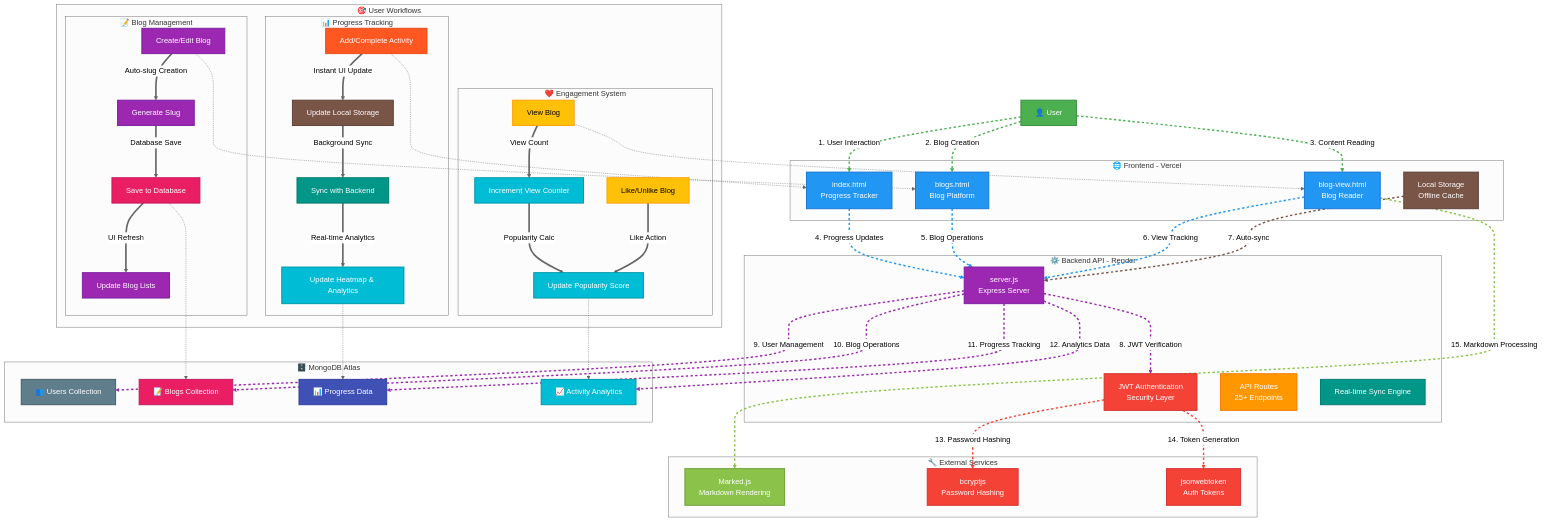
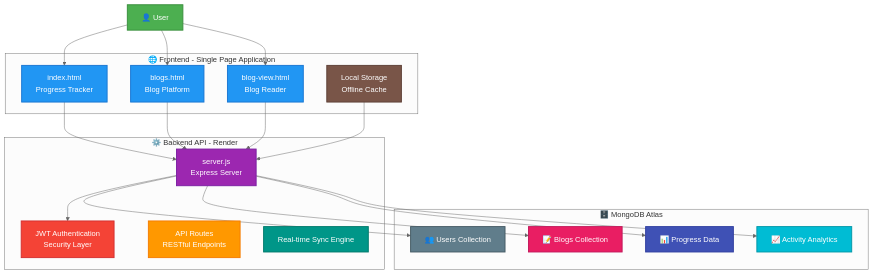
One commit to anupam6335/Focus-Flow changed the first of 5 diagrams in README.md. Above: the diagram before and after it, drawn with Mermaid (neutral theme). The commit also changed other lines of this file, not shown here.

````diff
--- a/README.md
+++ b/README.md
@@ -86,10 +73,10 @@
 ```mermaid
-flowchart TB
+graph TB
     %% ========== USERS ==========
     User[👤 User]:::user
     
     %% ========== FRONTEND COMPONENTS ==========
-    subgraph Frontend[🌐 Frontend - Vercel]
+    subgraph Frontend[🌐 Frontend - Single Page Application]
         A[index.html<br/>Progress Tracker]:::frontend
         B[blogs.html<br/>Blog Platform]:::frontend
         C[blog-view.html<br/>Blog Reader]:::frontend
@@ -100,7 +87,7 @@
     subgraph Backend[⚙️ Backend API - Render]
         E[server.js<br/>Express Server]:::backend
         F[JWT Authentication<br/>Security Layer]:::security
-        G[API Routes<br/>25+ Endpoints]:::api
+        G[API Routes<br/>RESTful Endpoints]:::api
         H[Real-time Sync Engine]:::sync
     end
     
@@ -112,77 +99,19 @@
         L[📈 Activity Analytics]:::dbAnalytics
     end
     
-    %% ========== EXTERNAL SERVICES ==========
-    subgraph Services[🔧 External Services]
-        M[Marked.js<br/>Markdown Rendering]:::markdown
-        N[bcryptjs<br/>Password Hashing]:::security
-        O[jsonwebtoken<br/>Auth Tokens]:::security
-    end
-    
-    %% ========== USER WORKFLOWS ==========
-    subgraph Workflows[🎯 User Workflows]
-        %% Progress Tracking Flow
-        subgraph ProgressFlow[📊 Progress Tracking]
-            P1[Add/Complete Activity]:::progress
-            P2[Update Local Storage]:::storage
-            P3[Sync with Backend]:::sync
-            P4[Update Heatmap & Analytics]:::analytics
-        end
-        
-        %% Blog Management Flow
-        subgraph BlogFlow[📝 Blog Management]
-            B1[Create/Edit Blog]:::blog
-            B2[Generate Slug]:::blog
-            B3[Save to Database]:::dbBlogs
-            B4[Update Blog Lists]:::blog
-        end
-        
-        %% Engagement Flow
-        subgraph EngagementFlow[❤️ Engagement System]
-            E1[View Blog]:::engagement
-            E2[Increment View Counter]:::analytics
-            E3[Like/Unlike Blog]:::engagement
-            E4[Update Popularity Score]:::analytics
-        end
-    end
-    
-    %% ========== DATA FLOW CONNECTIONS ==========
-    %% User to Frontend
-    User -.->|1. User Interaction| A
-    User -.->|2. Blog Creation| B
-    User -.->|3. Content Reading| C
-    
-    %% Frontend to Backend
-    A -.->|4. Progress Updates| E
-    B -.->|5. Blog Operations| E
-    C -.->|6. View Tracking| E
-    D -.->|7. Auto-sync| E
-    
-    %% Backend to Database
-    E -.->|8. JWT Verification| F
-    E -.->|9. User Management| I
-    E -.->|10. Blog Operations| J
-    E -.->|11. Progress Tracking| K
-    E -.->|12. Analytics Data| L
-    
-    %% Backend to Services
-    F -.->|13. Password Hashing| N
-    F -.->|14. Token Generation| O
-    C -.->|15. Markdown Processing| M
-    
-    %% Workflow Connections
-    P1 ==>|Instant UI Update| P2 ==>|Background Sync| P3 ==>|Real-time Analytics| P4
-    B1 ==>|Auto-slug Creation| B2 ==>|Database Save| B3 ==>|UI Refresh| B4
-    E1 ==>|View Count| E2 ==>|Popularity Calc| E4
-    E3 ==>|Like Action| E4
-    
-    %% Connect Workflows to Main System
-    P1 -.-> A
-    P4 -.-> K
-    B1 -.-> B
-    B3 -.-> J
-    E1 -.-> C
-    E4 -.-> L
+    %% ========== DATA FLOW ==========
+    User --> A
+    User --> B
+    User --> C
+    A --> E
+    B --> E
+    C --> E
+    D --> E
+    E --> F
+    E --> I
+    E --> J
+    E --> K
+    E --> L
     
     %% ========== STYLING ==========
     classDef user fill:#4CAF50,color:white,stroke:#388E3C,stroke-width:2px
@@ -196,26 +125,4 @@
     classDef dbBlogs fill:#E91E63,color:white,stroke:#C2185B,stroke-width:2px
     classDef dbProgress fill:#3F51B5,color:white,stroke:#303F9F,stroke-width:2px
     classDef dbAnalytics fill:#00BCD4,color:white,stroke:#0097A7,stroke-width:2px
-    classDef markdown fill:#8BC34A,color:white,stroke:#689F38,stroke-width:2px
-    classDef progress fill:#FF5722,color:white,stroke:#E64A19,stroke-width:2px
-    classDef blog fill:#9C27B0,color:white,stroke:#7B1FA2,stroke-width:2px
-    classDef engagement fill:#FFC107,color:black,stroke:#FFA000,stroke-width:2px
-    classDef analytics fill:#00BCD4,color:white,stroke:#0097A7,stroke-width:2px
-
-    %% Animation styles
-    linkStyle 0 stroke:#4CAF50,stroke-width:3px,stroke-dasharray:5 5
-    linkStyle 1 stroke:#4CAF50,stroke-width:3px,stroke-dasharray:5 5
-    linkStyle 2 stroke:#4CAF50,stroke-width:3px,stroke-dasharray:5 5
-    linkStyle 3 stroke:#2196F3,stroke-width:3px,stroke-dasharray:5 5
-    linkStyle 4 stroke:#2196F3,stroke-width:3px,stroke-dasharray:5 5
-    linkStyle 5 stroke:#2196F3,stroke-width:3px,stroke-dasharray:5 5
-    linkStyle 6 stroke:#795548,stroke-width:3px,stroke-dasharray:5 5
-    linkStyle 7 stroke:#9C27B0,stroke-width:3px,stroke-dasharray:5 5
-    linkStyle 8 stroke:#9C27B0,stroke-width:3px,stroke-dasharray:5 5
-    linkStyle 9 stroke:#9C27B0,stroke-width:3px,stroke-dasharray:5 5
-    linkStyle 10 stroke:#9C27B0,stroke-width:3px,stroke-dasharray:5 5
-    linkStyle 11 stroke:#9C27B0,stroke-width:3px,stroke-dasharray:5 5
-    linkStyle 12 stroke:#F44336,stroke-width:3px,stroke-dasharray:5 5
-    linkStyle 13 stroke:#F44336,stroke-width:3px,stroke-dasharray:5 5
-    linkStyle 14 stroke:#8BC34A,stroke-width:3px,stroke-dasharray:5 5
 ```
````
